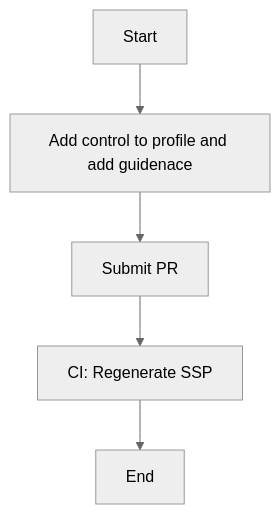
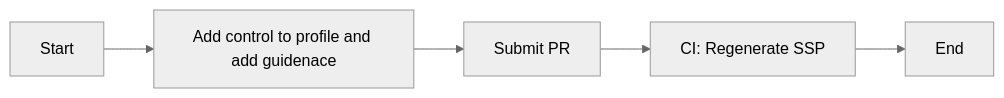
The third of 5 diagrams in docs/getting_started.md (RedHatProductSecurity/trestle-demo), drawn with Mermaid (neutral theme) before and after one commit. The commit also changed other lines of this file, not shown here.

Commit message:
docs: updates mermaid graph to LR to reduce rendered document length

````diff
--- a/docs/getting_started.md
+++ b/docs/getting_started.md
@@ -242,7 +242,7 @@
 ```mermaid
-graph TD;
+graph LR;
   A[Start] --> B[Add control to profile and add guidenace]
   B --> C[Submit PR]
   C --> D[CI: Regenerate SSP]
   D --> E[End]
 ```
````
